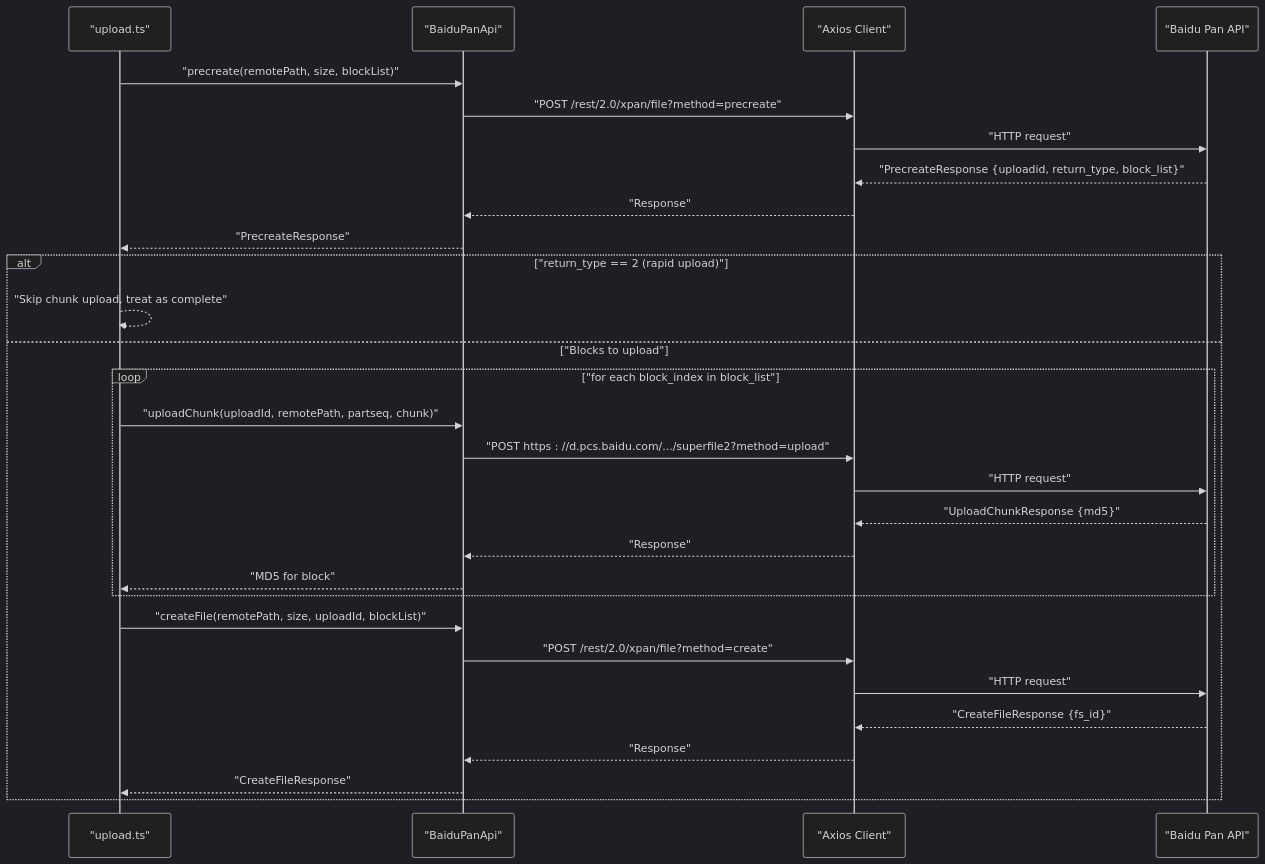
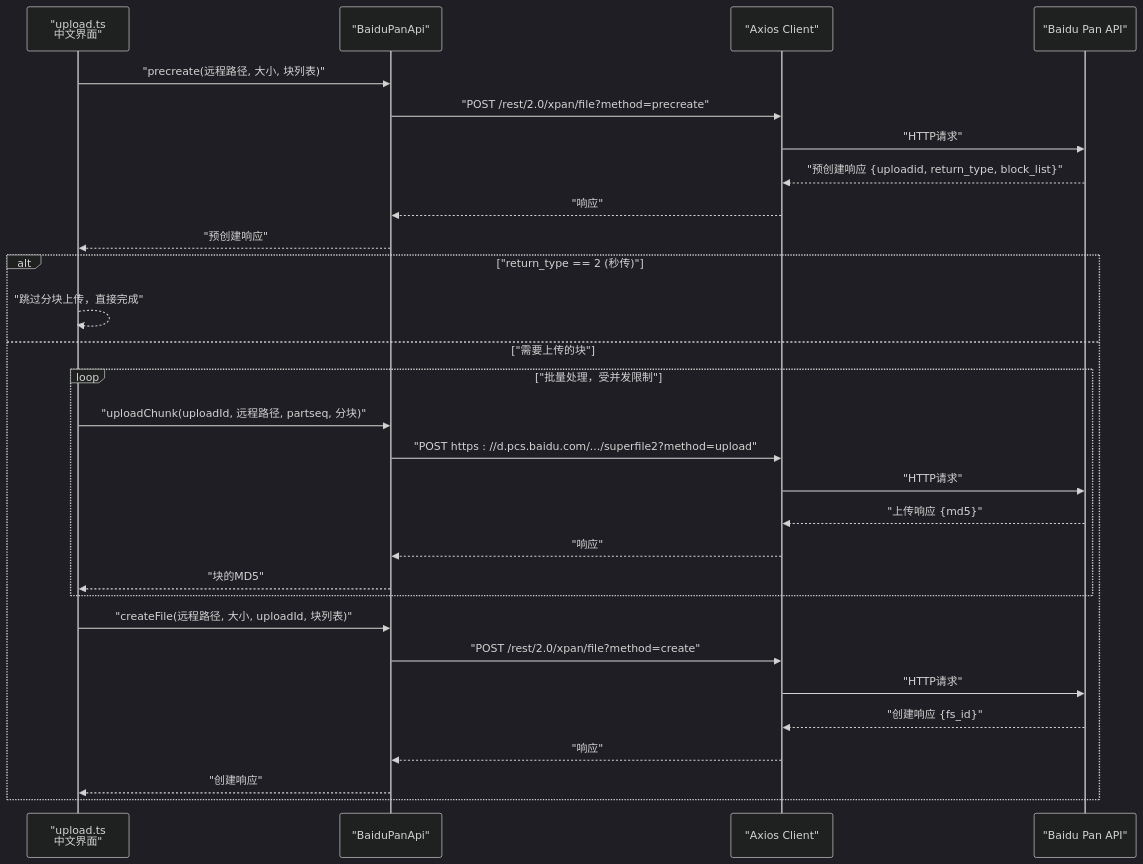
The second of 5 diagrams in .qoder/repowiki/en/content/Command Reference/Upload Command.md (yuexiaoliang/baiduwangpan-manager), drawn with Mermaid (dark theme) before and after one commit. The commit also changed other lines of this file and 30 other files, not shown here.

````diff
--- a/.qoder/repowiki/en/content/Command Reference/Upload Command.md
+++ b/.qoder/repowiki/en/content/Command Reference/Upload Command.md
@@ -94,31 +116,31 @@
 ```mermaid
 sequenceDiagram
-participant CLI as "upload.ts"
+participant CLI as "upload.ts<br/>中文界面"
 participant API as "BaiduPanApi"
 participant AX as "Axios Client"
 participant BP as "Baidu Pan API"
-CLI->>API : "precreate(remotePath, size, blockList)"
+CLI->>API : "precreate(远程路径, 大小, 块列表)"
 API->>AX : "POST /rest/2.0/xpan/file?method=precreate"
-AX->>BP : "HTTP request"
-BP-->>AX : "PrecreateResponse {uploadid, return_type, block_list}"
-AX-->>API : "Response"
-API-->>CLI : "PrecreateResponse"
-alt "return_type == 2 (rapid upload)"
-CLI-->>CLI : "Skip chunk upload, treat as complete"
-else "Blocks to upload"
-loop "for each block_index in block_list"
-CLI->>API : "uploadChunk(uploadId, remotePath, partseq, chunk)"
+AX->>BP : "HTTP请求"
+BP-->>AX : "预创建响应 {uploadid, return_type, block_list}"
+AX-->>API : "响应"
+API-->>CLI : "预创建响应"
+alt "return_type == 2 (秒传)"
+CLI-->>CLI : "跳过分块上传，直接完成"
+else "需要上传的块"
+loop "批量处理，受并发限制"
+CLI->>API : "uploadChunk(uploadId, 远程路径, partseq, 分块)"
 API->>AX : "POST https : //d.pcs.baidu.com/.../superfile2?method=upload"
-AX->>BP : "HTTP request"
-BP-->>AX : "UploadChunkResponse {md5}"
-AX-->>API : "Response"
-API-->>CLI : "MD5 for block"
+AX->>BP : "HTTP请求"
+BP-->>AX : "上传响应 {md5}"
+AX-->>API : "响应"
+API-->>CLI : "块的MD5"
 end
-CLI->>API : "createFile(remotePath, size, uploadId, blockList)"
+CLI->>API : "createFile(远程路径, 大小, uploadId, 块列表)"
 API->>AX : "POST /rest/2.0/xpan/file?method=create"
-AX->>BP : "HTTP request"
-BP-->>AX : "CreateFileResponse {fs_id}"
-AX-->>API : "Response"
-API-->>CLI : "CreateFileResponse"
+AX->>BP : "HTTP请求"
+BP-->>AX : "创建响应 {fs_id}"
+AX-->>API : "响应"
+API-->>CLI : "创建响应"
 end
 ```
````
